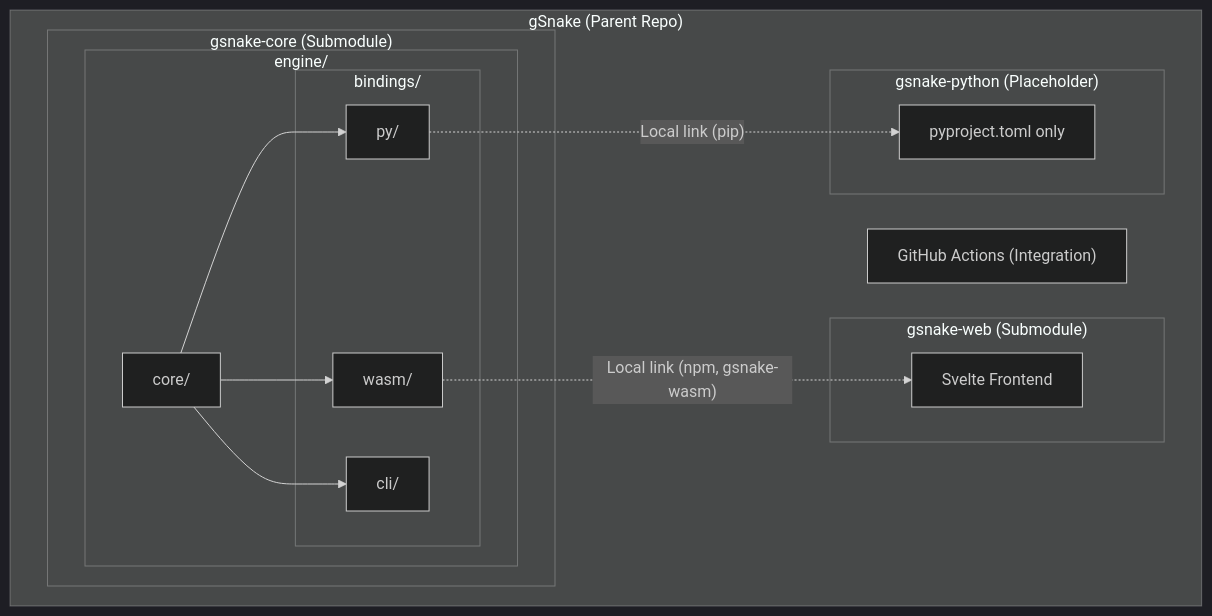
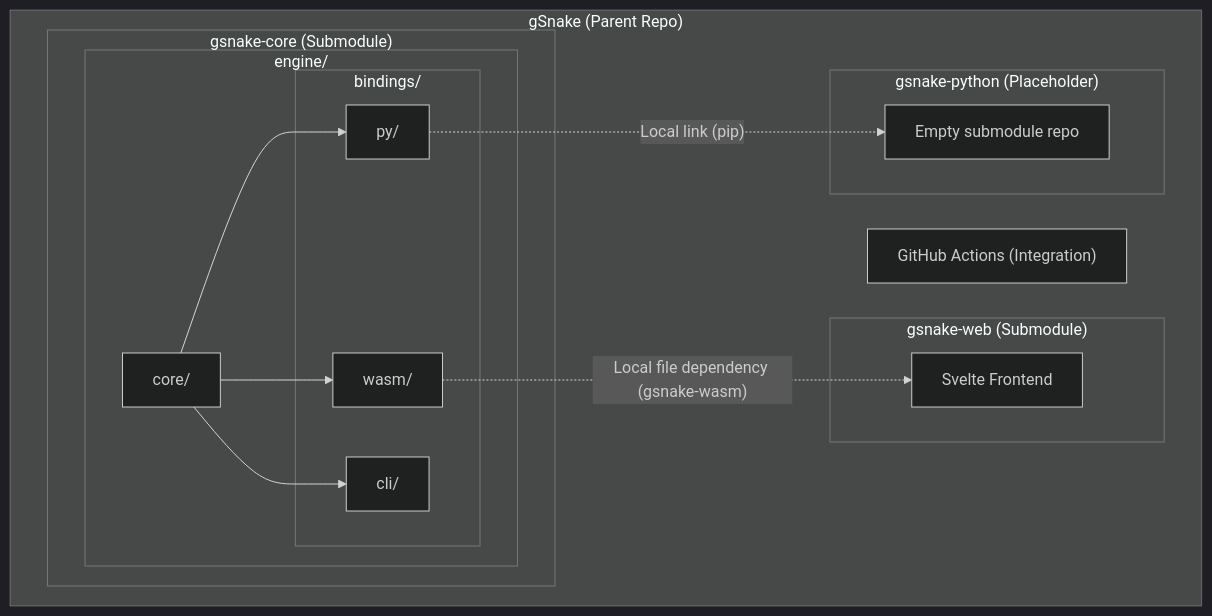
Before and after one commit to NNTin/gSnake: the first of 5 diagrams in epics/folder-structure/core-flows.md, drawn with Mermaid (dark theme). The commit also changed other lines of this file and 2 other files, not shown here.

````diff
--- a/epics/folder-structure/core-flows.md
+++ b/epics/folder-structure/core-flows.md
@@ -4,36 +4,36 @@
 ```mermaid
 flowchart LR
   subgraph gSnake["gSnake (Parent Repo)"]
     direction LR
 
     GlobalCI["GitHub Actions (Integration)"]
     
     subgraph gsnake_core["gsnake-core (Submodule)"]
       subgraph engine["engine/"]
         Core["core/"]
 
         subgraph bindings["bindings/"]
           WASM["wasm/"]
           PY["py/"]
           CLI["cli/"]
         end
 
         Core --> WASM
         Core --> PY
         Core --> CLI
       end
     end
 
     subgraph gsnake_web["gsnake-web (Submodule)"]
       Svelte["Svelte Frontend"]
     end
 
     subgraph gsnake_python["gsnake-python (Placeholder)"]
-      PyApp["pyproject.toml only"]
+      PyApp["Empty submodule repo"]
     end
 
-    WASM -.->|"Local link (npm, gsnake-wasm)"| Svelte
+    WASM -.->|"Local file dependency (gsnake-wasm)"| Svelte
     PY -.->|"Local link (pip)"| PyApp
     
   end
 ```
````
